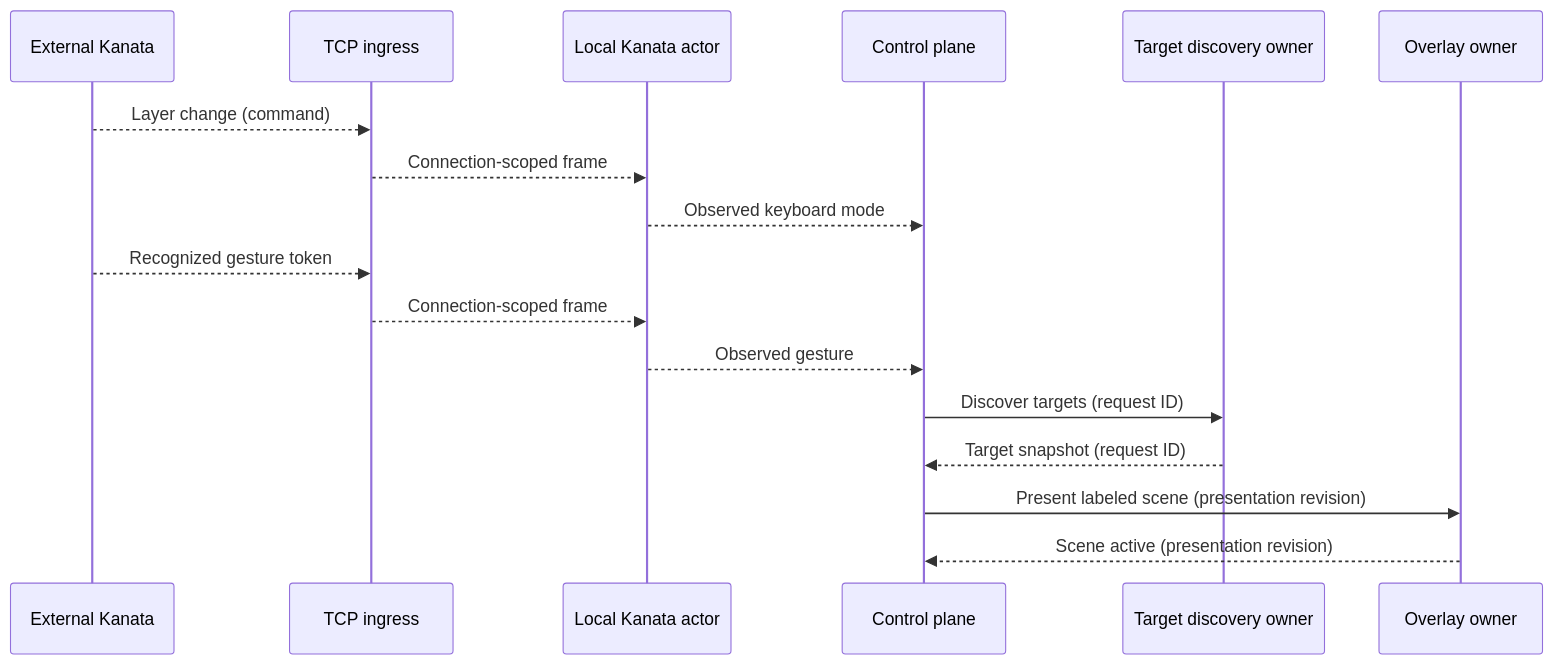
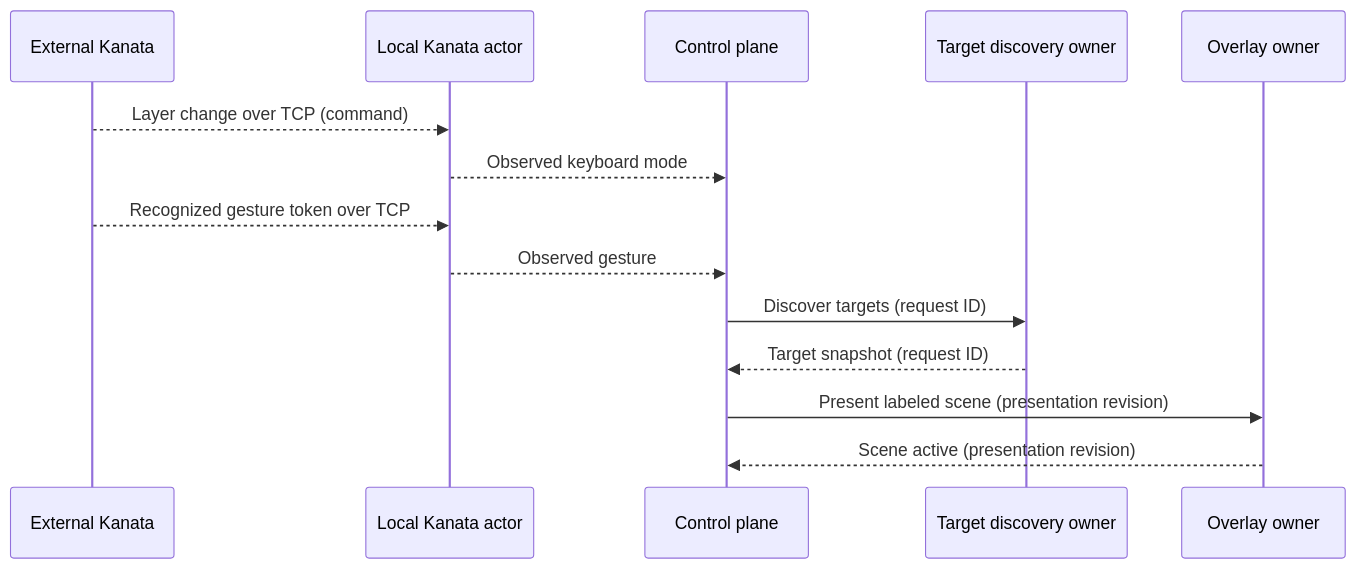
The diagram in ARCHITECTURE.md (MattKotsenas/desknav), drawn with Mermaid before and after one commit.

Commit message:
fixup! Add progressive gesture ingress

````diff
--- a/ARCHITECTURE.md
+++ b/ARCHITECTURE.md
@@ -171,20 +171,17 @@
 ```mermaid
 sequenceDiagram
     participant K as External Kanata
-    participant T as TCP ingress
     participant KA as Local Kanata actor
     participant C as Control plane
     participant D as Target discovery owner
     participant O as Overlay owner
 
-    K-->>T: Layer change (command)
-    T-->>KA: Connection-scoped frame
+    K-->>KA: Layer change over TCP (command)
     KA-->>C: Observed keyboard mode
-    K-->>T: Recognized gesture token
-    T-->>KA: Connection-scoped frame
+    K-->>KA: Recognized gesture token over TCP
     KA-->>C: Observed gesture
     C->>D: Discover targets (request ID)
     D-->>C: Target snapshot (request ID)
     C->>O: Present labeled scene (presentation revision)
     O-->>C: Scene active (presentation revision)
 ```
````
